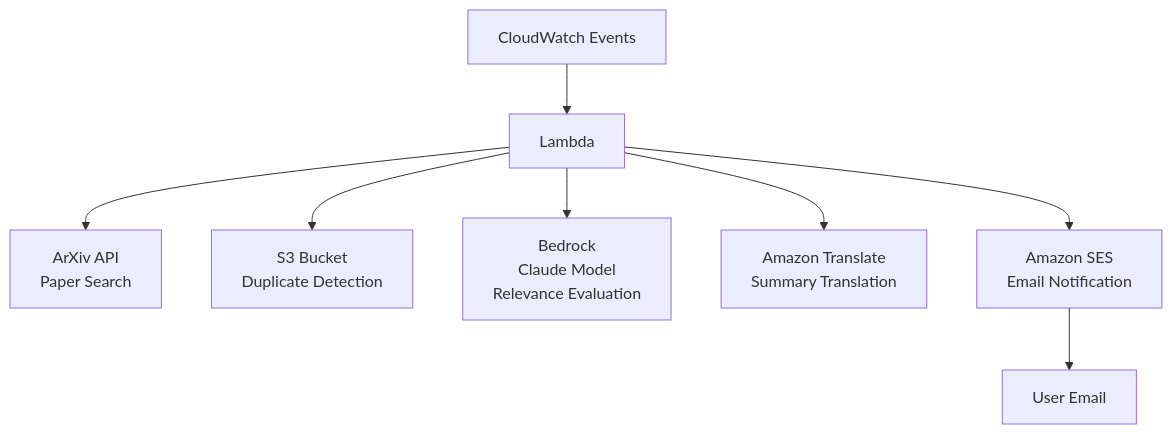
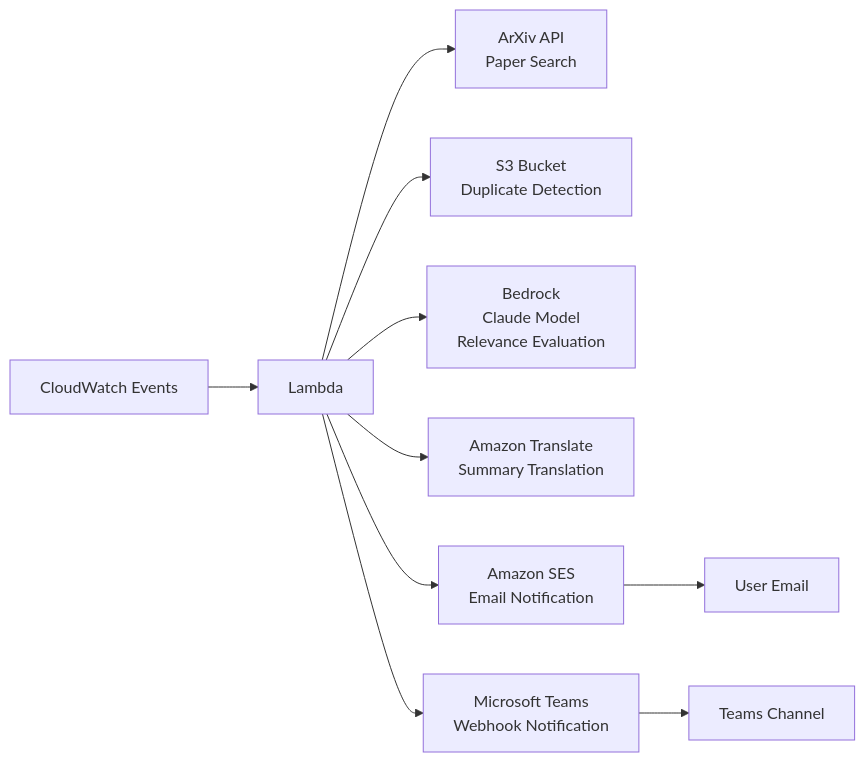
The diagram in README.md (privet-kitty/notify-papers), drawn with Mermaid before and after one commit. The commit also changed other lines of this file and 6 other files, not shown here.

Commit message:
Add Teams Webhook

````diff
--- a/README.md
+++ b/README.md
@@ -7,10 +12,12 @@
 ```mermaid
-graph TD
+graph LR
     CW[CloudWatch Events] --> LF[Lambda]
     LF --> AX[ArXiv API<br/>Paper Search]
     LF --> S3[S3 Bucket<br/>Duplicate Detection]
     LF --> BR[Bedrock<br/>Claude Model<br/>Relevance Evaluation]
     LF --> TR[Amazon Translate<br/>Summary Translation]
     LF --> SES[Amazon SES<br/>Email Notification]
+    LF --> TEAMS[Microsoft Teams<br/>Webhook Notification]
     SES --> USER[User Email]
+    TEAMS --> CHANNEL[Teams Channel]
 ```
````
